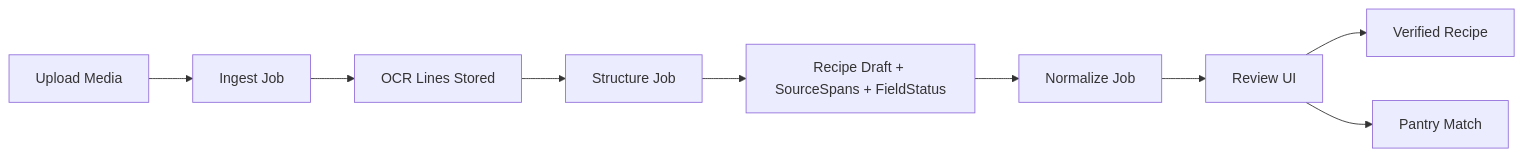
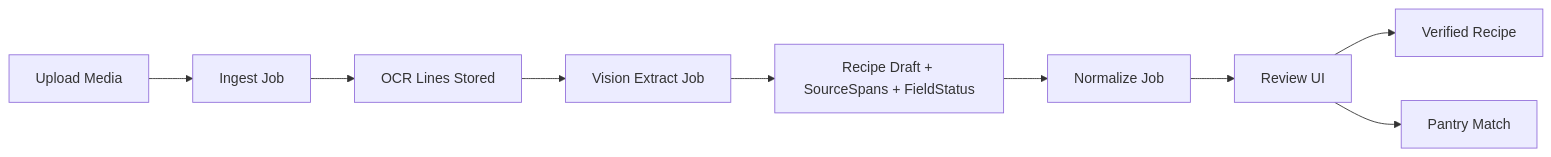
The diagram in docs/IMPLEMENTATION_PLAN.md (Mixers28/recipenow), drawn with Mermaid before and after one commit. The commit also changed other lines of this file and 37 other files, not shown here.

````diff
--- a/docs/IMPLEMENTATION_PLAN.md
+++ b/docs/IMPLEMENTATION_PLAN.md
@@ -30,11 +30,11 @@
 ```mermaid
 flowchart LR
   A[Upload Media] --> B[Ingest Job]
   B --> C[OCR Lines Stored]
-  C --> D[Structure Job]
+  C --> D[Vision Extract Job]
   D --> E[Recipe Draft + SourceSpans + FieldStatus]
   E --> F[Normalize Job]
   F --> G[Review UI]
   G --> H[Verified Recipe]
   G --> I[Pantry Match]
 ```
````
